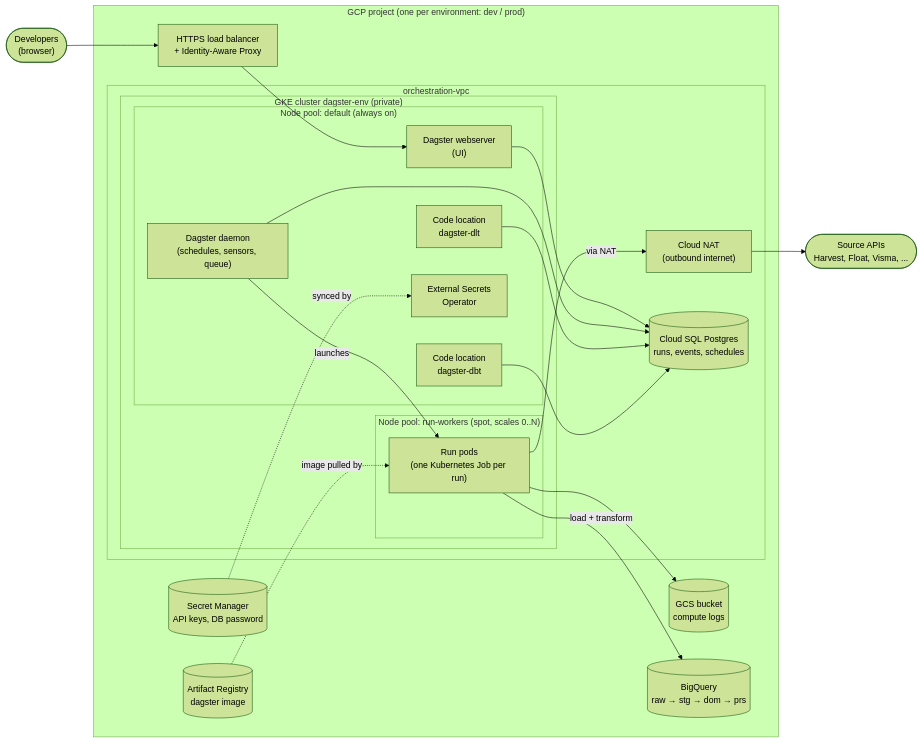
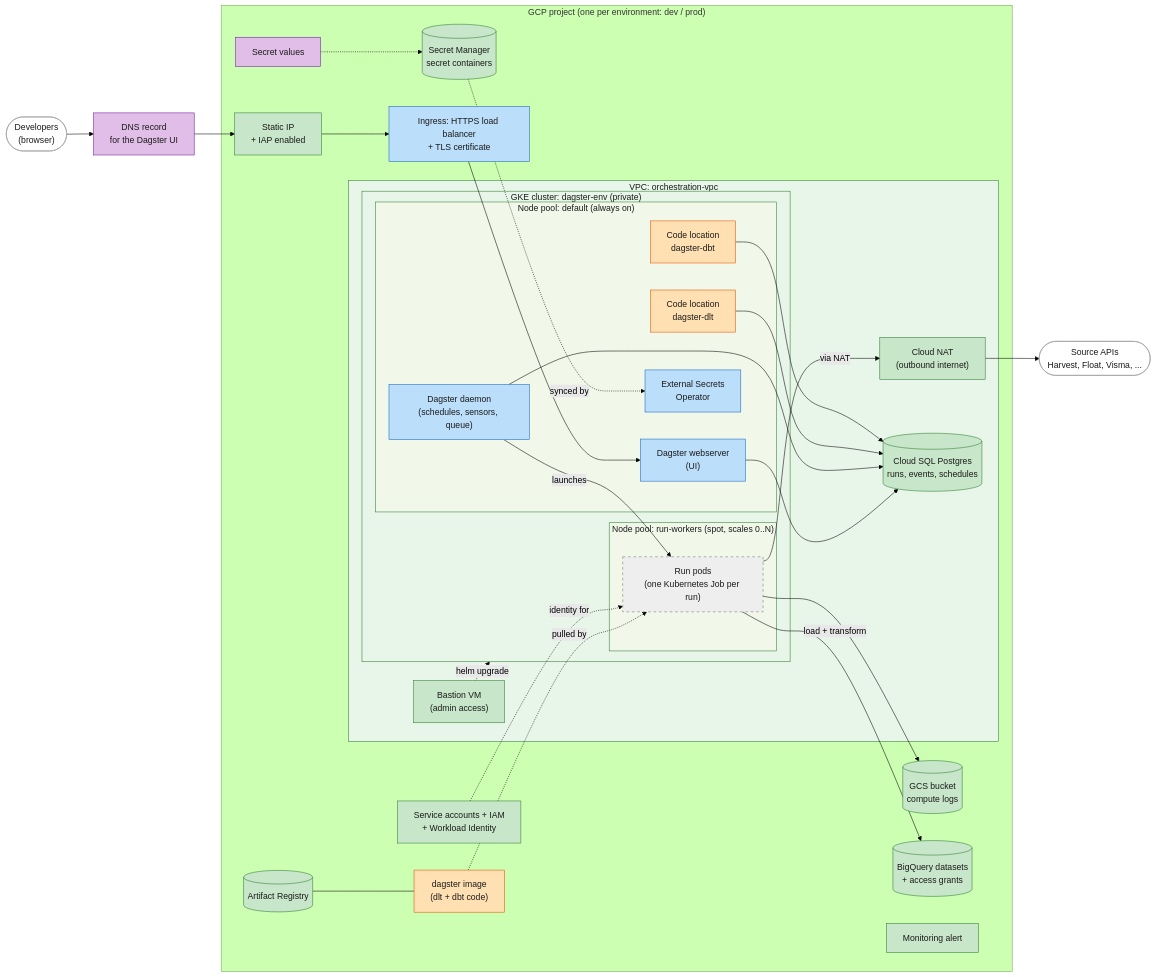
Before and after one commit to Conversionista/c-terraform-demo: the second of 7 diagrams in 03-dagster/README.md, drawn with Mermaid (forest theme). The commit also changed other lines of this file, not shown here.

Commit message:
Colour-code 03-dagster architecture diagram by owner
Mark each component in the "what runs where" diagram as managed by
Terraform, Helm/kubectl, GitHub Actions, Dagster at runtime or by hand,
and add a high-level list of the components Terraform builds.

````diff
--- a/03-dagster/README.md
+++ b/03-dagster/README.md
@@ -52,42 +82,72 @@
 ```mermaid
 flowchart LR
     users(["Developers<br/>(browser)"])
     sources(["Source APIs<br/>Harvest, Float, Visma, ..."])
+    dns["DNS record<br/>for the Dagster UI"]
 
     subgraph gcp["GCP project (one per environment: dev / prod)"]
-        iap["HTTPS load balancer<br/>+ Identity-Aware Proxy"]
+        ip["Static IP<br/>+ IAP enabled"]
+        lb["Ingress: HTTPS load balancer<br/>+ TLS certificate"]
 
-        subgraph vpc["orchestration-vpc"]
+        subgraph vpc["VPC: orchestration-vpc"]
             nat["Cloud NAT<br/>(outbound internet)"]
+            bastion["Bastion VM<br/>(admin access)"]
 
-            subgraph gke["GKE cluster dagster-env (private)"]
+            subgraph gke["GKE cluster: dagster-env (private)"]
                 subgraph pool1["Node pool: default (always on)"]
                     web["Dagster webserver<br/>(UI)"]
                     daemon["Dagster daemon<br/>(schedules, sensors, queue)"]
                     cl_dlt["Code location<br/>dagster-dlt"]
                     cl_dbt["Code location<br/>dagster-dbt"]
                     eso["External Secrets<br/>Operator"]
                 end
                 subgraph pool2["Node pool: run-workers (spot, scales 0..N)"]
                     run["Run pods<br/>(one Kubernetes Job per run)"]
                 end
             end
 
             sql[("Cloud SQL Postgres<br/>runs, events, schedules")]
         end
 
+        sa["Service accounts + IAM<br/>+ Workload Identity"]
         logs[("GCS bucket<br/>compute logs")]
-        ar[("Artifact Registry<br/>dagster image")]
-        sm[("Secret Manager<br/>API keys, DB password")]
-        bq[("BigQuery<br/>raw → stg → dom → prs")]
+        ar[("Artifact Registry")]
+        img["dagster image<br/>(dlt + dbt code)"]
+        sm[("Secret Manager<br/>secret containers")]
+        vals["Secret values"]
+        bq[("BigQuery datasets<br/>+ access grants")]
+        mon["Monitoring alert"]
     end
 
-    users --> iap --> web
+    users --> dns --> ip --> lb --> web
+    bastion -.->|helm upgrade| gke
     daemon -->|launches| run
     web & daemon & cl_dlt & cl_dbt --> sql
     run --> logs
-    ar -.->|image pulled by| run
+    ar --- img
+    img -.->|pulled by| run
+    vals -.-> sm
     sm -.->|synced by| eso
+    sa -.->|identity for| run
     run -->|via NAT| nat --> sources
     run -->|load + transform| bq
+
+    classDef tf fill:#c8e6c9,stroke:#2e7d32,color:#1b1b1b
+    classDef helm fill:#bbdefb,stroke:#1565c0,color:#1b1b1b
+    classDef ci fill:#ffe0b2,stroke:#e65100,color:#1b1b1b
+    classDef runtime fill:#eeeeee,stroke:#757575,color:#1b1b1b,stroke-dasharray:5 5
+    classDef manual fill:#e1bee7,stroke:#6a1b9a,color:#1b1b1b
+    classDef external fill:#ffffff,stroke:#9e9e9e,color:#1b1b1b
+
+    class ip,nat,bastion,sql,sa,logs,ar,sm,bq,mon tf
+    class lb,web,daemon,eso helm
+    class cl_dlt,cl_dbt,img ci
+    class run runtime
+    class dns,vals manual
+    class users,sources external
+
+    style vpc fill:#e8f5e9,stroke:#2e7d32,color:#1b1b1b
+    style gke fill:#e8f5e9,stroke:#2e7d32,color:#1b1b1b
+    style pool1 fill:#f1f8e9,stroke:#2e7d32,color:#1b1b1b
+    style pool2 fill:#f1f8e9,stroke:#2e7d32,color:#1b1b1b
 ```
````
